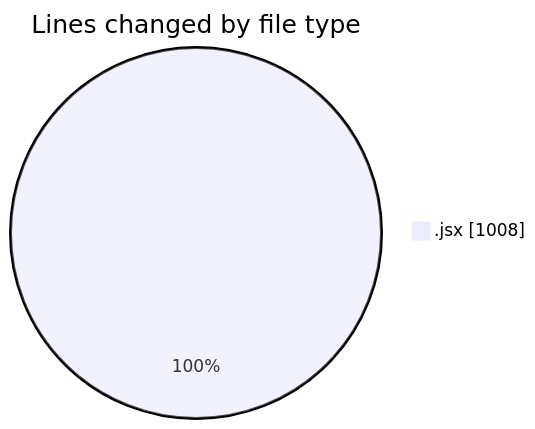
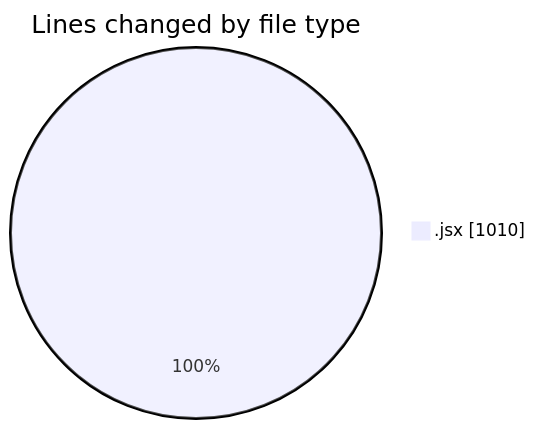
One commit to Ritupan-Deka/code-tracking changed the first of 2 diagrams in 2025-05-23/expensetracker/README.md. Above: the diagram before and after it, drawn with Mermaid. The commit also changed other lines of this file and 1 other file, not shown here.

````diff
--- a/2025-05-23/expensetracker/README.md
+++ b/2025-05-23/expensetracker/README.md
@@ -23,5 +23,5 @@
 ```mermaid
 pie showData
 title Lines changed by file type
-".jsx" : 1008
+".jsx" : 1010
 ```
````
